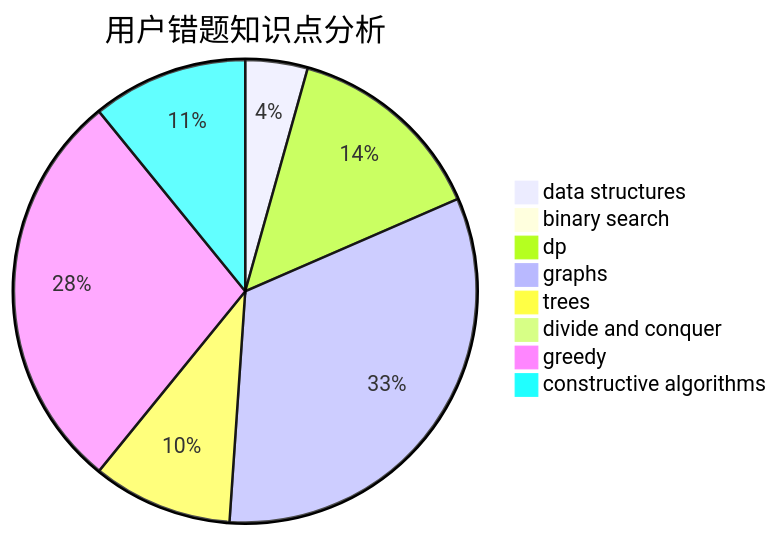
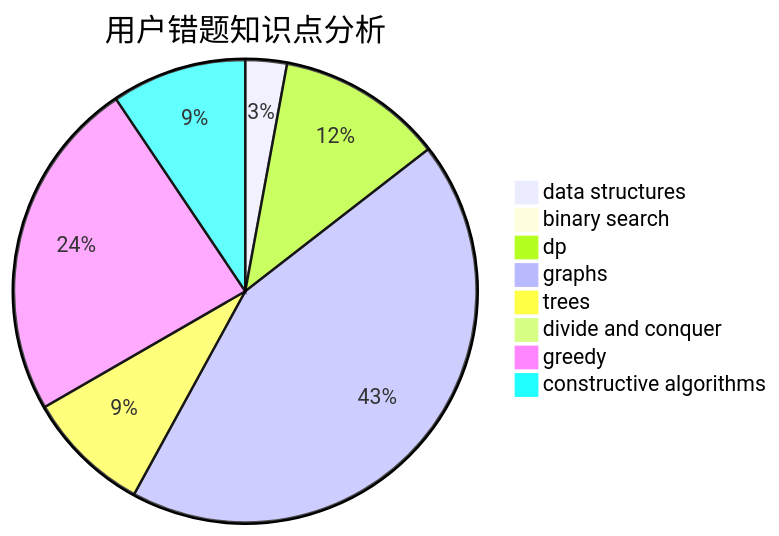
The third of 3 diagrams in docs/user/u1676.md (sherpahu/cfrs.github.io), drawn with Mermaid before and after one commit. The commit also changed other lines of this file and 2770 other files, not shown here.

````diff
--- a/docs/user/u1676.md
+++ b/docs/user/u1676.md
@@ -36,11 +36,11 @@
 ```mermaid
 pie title 用户错题知识点分析
     "data structures" :  4
     "binary search" :  0
-    "dp" :  13
-    "graphs" :  30
-    "trees" :  9
+    "dp" :  16
+    "graphs" :  60
+    "trees" :  12
     "divide and conquer" :  0
-    "greedy" :  26
-    "constructive algorithms" :  10
+    "greedy" :  33
+    "constructive algorithms" :  13
 ```
````
